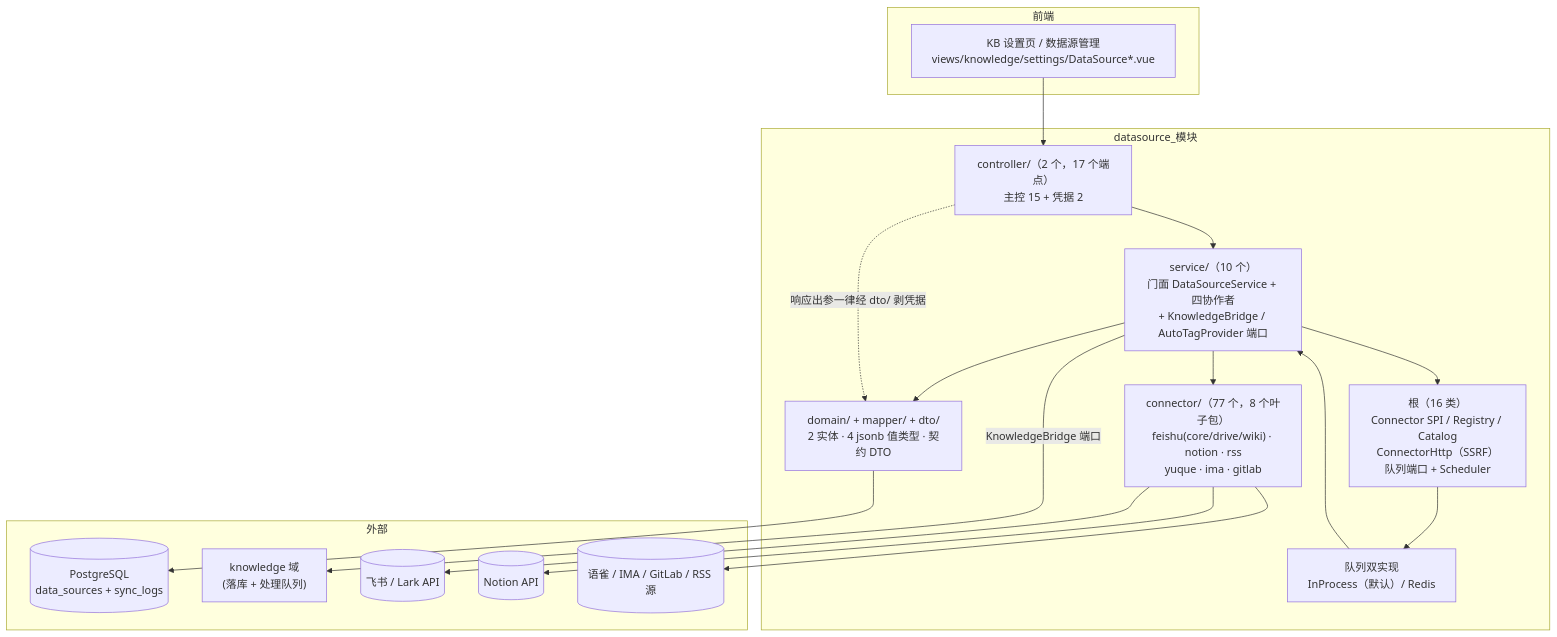
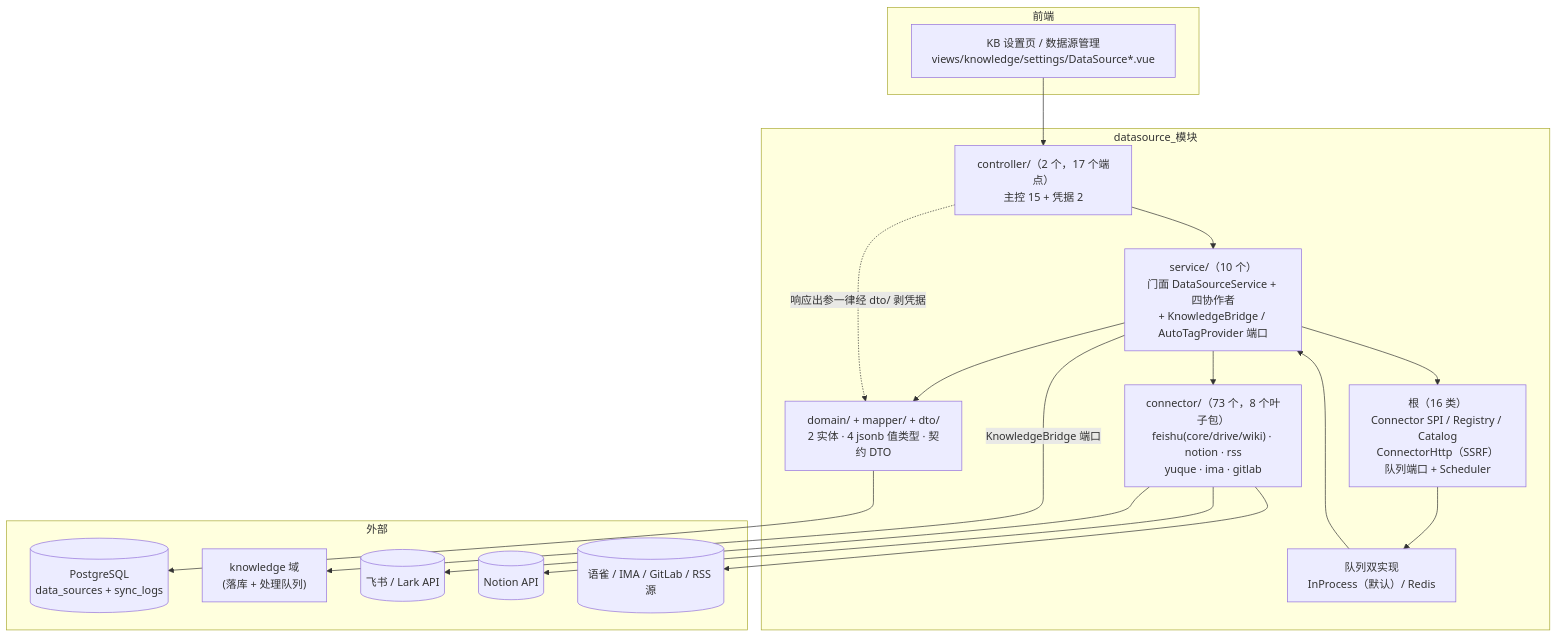
One commit to pmbilly/ragagent changed the first of 6 diagrams in docs/datasource-module-guide.md. Above: the diagram before and after it, drawn with Mermaid. The commit also changed other lines of this file and 36 other files, not shown here.

````diff
--- a/docs/datasource-module-guide.md
+++ b/docs/datasource-module-guide.md
@@ -30,34 +30,34 @@
 ```mermaid
 graph TB
     subgraph 前端
         FE["KB 设置页 / 数据源管理<br/>views/knowledge/settings/DataSource*.vue"]
     end
 
     subgraph datasource_模块
         CTRL["controller/（2 个，17 个端点）<br/>主控 15 + 凭据 2"]
         SVC["service/（10 个）<br/>门面 DataSourceService + 四协作者<br/>+ KnowledgeBridge / AutoTagProvider 端口"]
         SPI["根（16 类）<br/>Connector SPI / Registry / Catalog<br/>ConnectorHttp（SSRF）<br/>队列端口 + Scheduler"]
-        CONN["connector/（77 个，8 个叶子包）<br/>feishu(core/drive/wiki) · notion · rss<br/>yuque · ima · gitlab"]
+        CONN["connector/（73 个，8 个叶子包）<br/>feishu(core/drive/wiki) · notion · rss<br/>yuque · ima · gitlab"]
         PERS["domain/ + mapper/ + dto/<br/>2 实体 · 4 jsonb 值类型 · 契约 DTO"]
         QUEUE["队列双实现<br/>InProcess（默认）/ Redis"]
     end
 
     subgraph 外部
         PG[("PostgreSQL<br/>data_sources + sync_logs")]
         KB["knowledge 域<br/>(落库 + 处理队列)"]
         FEI[("飞书 / Lark API")]
         NTC[("Notion API")]
         OTHER[("语雀 / IMA / GitLab / RSS 源")]
     end
 
     FE --> CTRL --> SVC
     SVC --> SPI
     SVC --> CONN
     SVC --> PERS
     SPI --> QUEUE
     QUEUE --> SVC
     PERS --> PG
     SVC -->|"KnowledgeBridge 端口"| KB
     CONN --> FEI & NTC & OTHER
     CTRL -. 响应出参一律经 dto/ 剥凭据 .-> PERS
 ```
````
